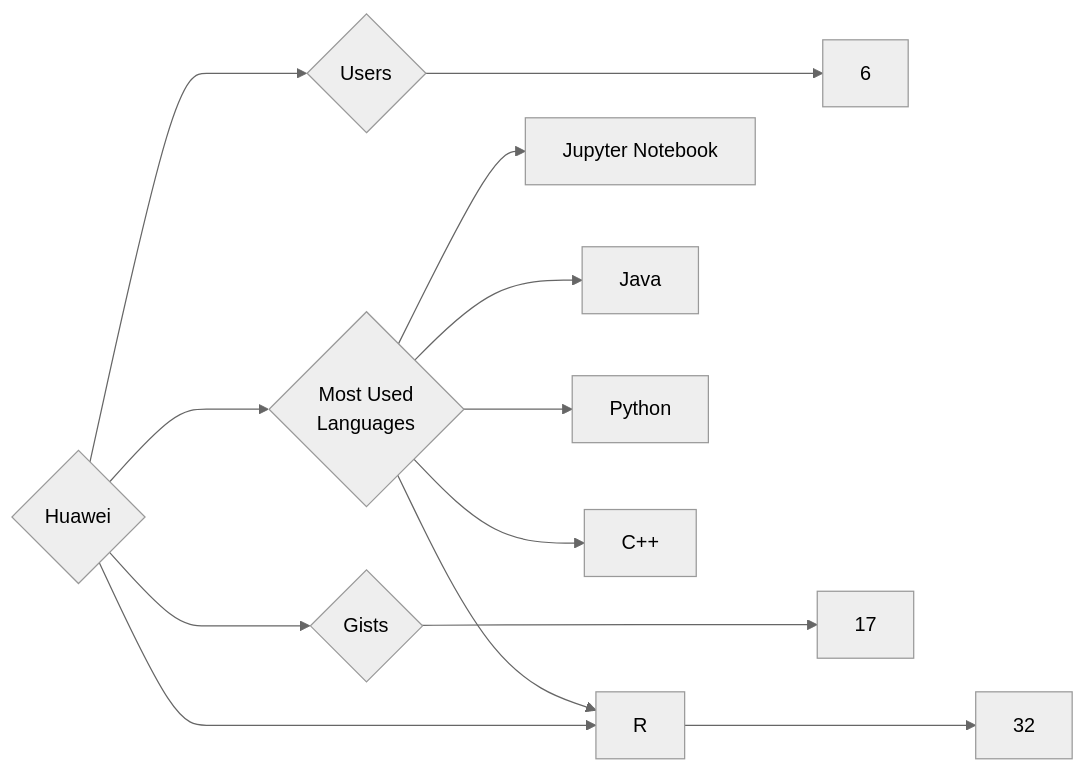
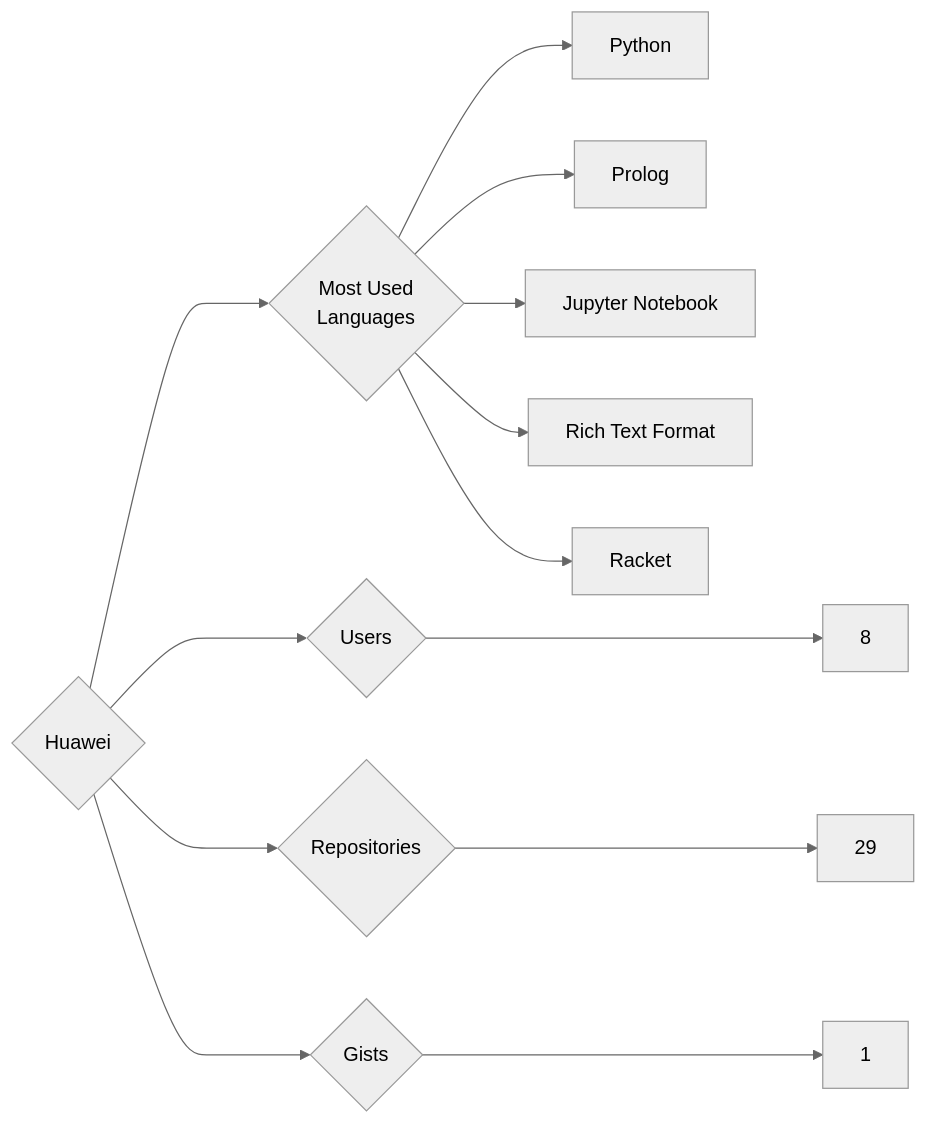
The diagram in targets/Huawei/README.md (trickest/insiders), drawn with Mermaid (neutral theme) before and after one commit. The commit also changed 815 other files, not shown here.

````diff
--- a/targets/Huawei/README.md
+++ b/targets/Huawei/README.md
@@ -3,13 +3,13 @@
 ```mermaid
 graph LR
 COMPANY_NAME{Huawei}
-COMPANY_NAME ---> U{Users} ---> UN[6]
-COMPANY_NAME ---> R{Repositories} ---> RN[32]
-COMPANY_NAME ---> G{Gists} ---> GN[17]
+COMPANY_NAME ---> U{Users} ---> UN[8]
+COMPANY_NAME ---> R{Repositories} ---> RN[29]
+COMPANY_NAME ---> G{Gists} ---> GN[1]
 COMPANY_NAME ---> ML{Most Used<br>Languages}
+ML --> Python[Python]
+ML --> Prolog[Prolog]
 ML --> Jupyter_Notebook[Jupyter Notebook]
-ML --> Java[Java]
-ML --> R[R]
-ML --> Python[Python]
-ML --> C++[C++]
+ML --> Rich_Text_Format[Rich Text Format]
+ML --> Racket[Racket]
 ```
````
